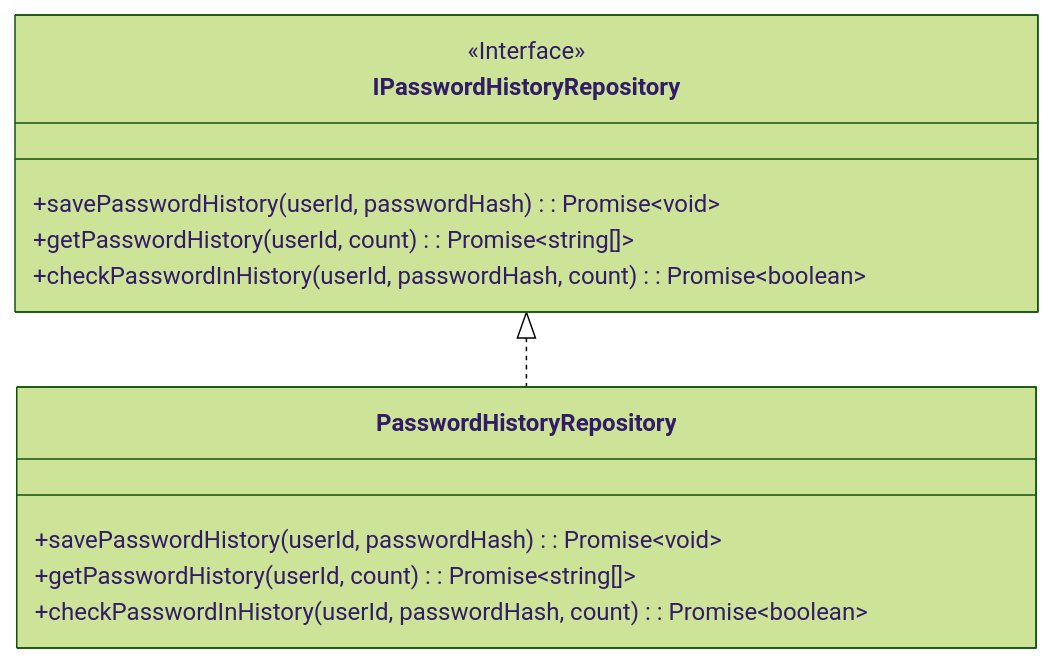
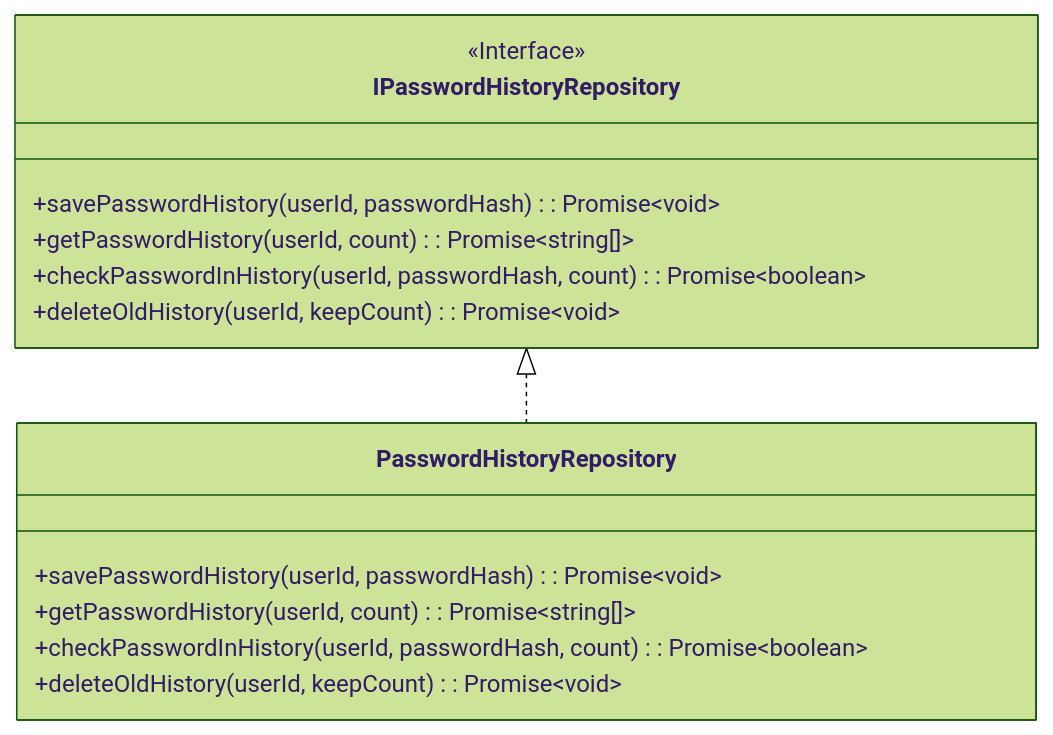
The second of 3 diagrams in docs/detailed-design/MWD-32_password-policy-implementation/class-diagrams.md (kencom2400/MrWebDefence-Console), drawn with Mermaid (forest theme) before and after one commit. The commit also changed other lines of this file and 4 other files, not shown here.

````diff
--- a/docs/detailed-design/MWD-32_password-policy-implementation/class-diagrams.md
+++ b/docs/detailed-design/MWD-32_password-policy-implementation/class-diagrams.md
@@ -111,17 +112,19 @@
 ```mermaid
 classDiagram
     class IPasswordHistoryRepository {
         <<Interface>>
         +savePasswordHistory(userId, passwordHash): Promise~void~
         +getPasswordHistory(userId, count): Promise~string[]~
         +checkPasswordInHistory(userId, passwordHash, count): Promise~boolean~
+        +deleteOldHistory(userId, keepCount): Promise~void~
     }
 
     class PasswordHistoryRepository {
         +savePasswordHistory(userId, passwordHash): Promise~void~
         +getPasswordHistory(userId, count): Promise~string[]~
         +checkPasswordInHistory(userId, passwordHash, count): Promise~boolean~
+        +deleteOldHistory(userId, keepCount): Promise~void~
     }
 
     IPasswordHistoryRepository <|.. PasswordHistoryRepository
 ```
````
